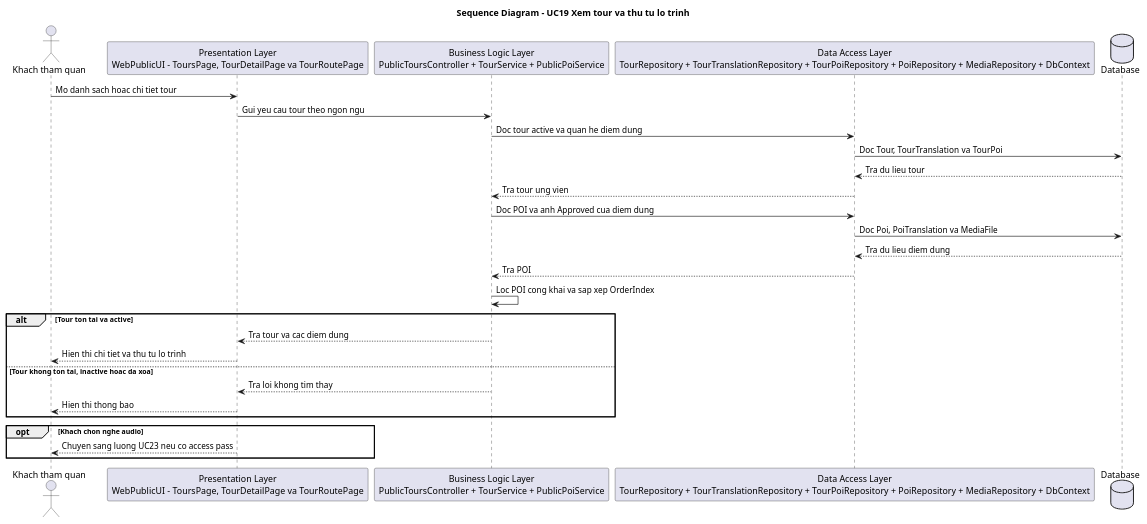
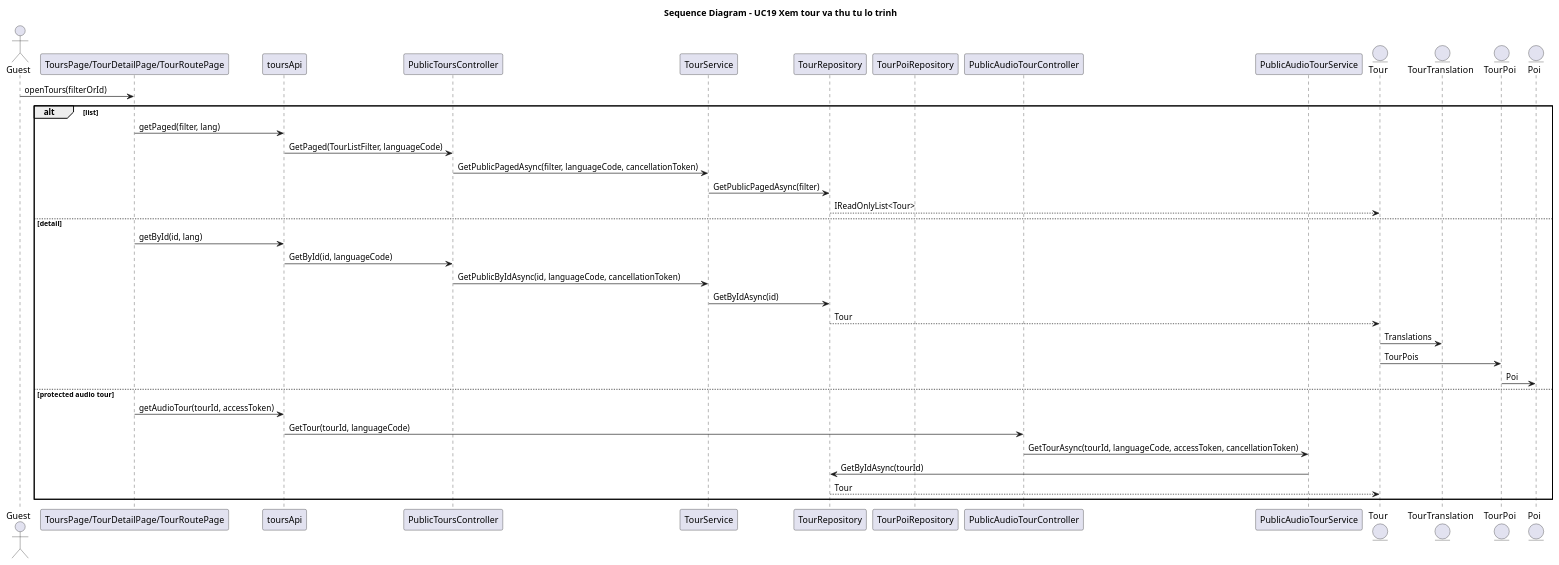
One commit to HPhuc122/VinhHy.AudioTour changed the diagram in docs/plantuml/sequence/UC19_xem_tour_va_thu_tu_lo_trinh_sequence.puml. Above: the diagram before and after it, drawn with PlantUML. The commit also changed 47 other files, not shown here.

```diff
--- a/docs/plantuml/sequence/UC19_xem_tour_va_thu_tu_lo_trinh_sequence.puml
+++ b/docs/plantuml/sequence/UC19_xem_tour_va_thu_tu_lo_trinh_sequence.puml
@@ -1,31 +1,41 @@
 @startuml
 title Sequence Diagram - UC19 Xem tour va thu tu lo trinh
 
-actor "Khach tham quan" as Actor
-participant "Presentation Layer\nWebPublicUI - ToursPage, TourDetailPage va TourRoutePage" as UI
-participant "Business Logic Layer\nPublicToursController + TourService + PublicPoiService" as Business
-participant "Data Access Layer\nTourRepository + TourTranslationRepository + TourPoiRepository + PoiRepository + MediaRepository + DbContext" as DataAccess
-database "Database" as Database
+actor "Guest" as Guest
+participant "ToursPage/TourDetailPage/TourRoutePage" as TourPage
+participant "toursApi" as ToursApi
+participant "PublicToursController" as PublicToursController
+participant "TourService" as TourService
+participant "TourRepository" as TourRepository
+participant "TourPoiRepository" as TourPoiRepository
+participant "PublicAudioTourController" as PublicAudioTourController
+participant "PublicAudioTourService" as PublicAudioTourService
+entity "Tour" as Tour
+entity "TourTranslation" as TourTranslation
+entity "TourPoi" as TourPoi
+entity "Poi" as Poi
 
-Actor -> UI: Mo danh sach hoac chi tiet tour
-UI -> Business: Gui yeu cau tour theo ngon ngu
-Business -> DataAccess: Doc tour active va quan he diem dung
-DataAccess -> Database: Doc Tour, TourTranslation va TourPoi
-Database --> DataAccess: Tra du lieu tour
-DataAccess --> Business: Tra tour ung vien
-Business -> DataAccess: Doc POI va anh Approved cua diem dung
-DataAccess -> Database: Doc Poi, PoiTranslation va MediaFile
-Database --> DataAccess: Tra du lieu diem dung
-DataAccess --> Business: Tra POI
-Business -> Business: Loc POI cong khai va sap xep OrderIndex
-alt Tour ton tai va active
-  Business --> UI: Tra tour va cac diem dung
-  UI --> Actor: Hien thi chi tiet va thu tu lo trinh
-else Tour khong ton tai, inactive hoac da xoa
-  Business --> UI: Tra loi khong tim thay
-  UI --> Actor: Hien thi thong bao
-end
-opt Khach chon nghe audio
-  UI --> Actor: Chuyen sang luong UC23 neu co access pass
+Guest -> TourPage: openTours(filterOrId)
+alt list
+  TourPage -> ToursApi: getPaged(filter, lang)
+  ToursApi -> PublicToursController: GetPaged(TourListFilter, languageCode)
+  PublicToursController -> TourService: GetPublicPagedAsync(filter, languageCode, cancellationToken)
+  TourService -> TourRepository: GetPublicPagedAsync(filter)
+  TourRepository --> Tour: IReadOnlyList<Tour>
+else detail
+  TourPage -> ToursApi: getById(id, lang)
+  ToursApi -> PublicToursController: GetById(id, languageCode)
+  PublicToursController -> TourService: GetPublicByIdAsync(id, languageCode, cancellationToken)
+  TourService -> TourRepository: GetByIdAsync(id)
+  TourRepository --> Tour: Tour
+  Tour -> TourTranslation: Translations
+  Tour -> TourPoi: TourPois
+  TourPoi -> Poi: Poi
+else protected audio tour
+  TourPage -> ToursApi: getAudioTour(tourId, accessToken)
+  ToursApi -> PublicAudioTourController: GetTour(tourId, languageCode)
+  PublicAudioTourController -> PublicAudioTourService: GetTourAsync(tourId, languageCode, accessToken, cancellationToken)
+  PublicAudioTourService -> TourRepository: GetByIdAsync(tourId)
+  TourRepository --> Tour: Tour
 end
 @enduml
```
